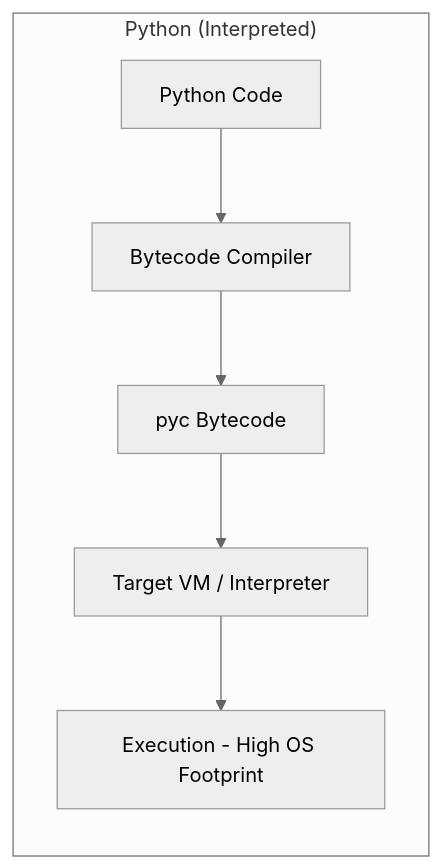
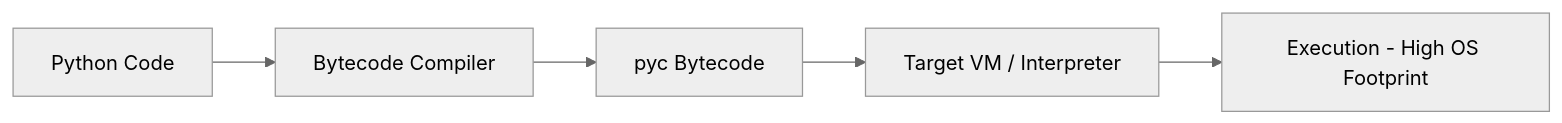
One commit to yusufarbc/yusufarbc changed the first of 4 diagrams in website/content/golang-for-hackers/en.md. Above: the diagram before and after it, drawn with Mermaid (neutral theme). The commit also changed other lines of this file and 1 other file, not shown here.

````diff
--- a/website/content/golang-for-hackers/en.md
+++ b/website/content/golang-for-hackers/en.md
@@ -130,9 +132,7 @@
 ```mermaid
 graph LR
-    subgraph "Python (Interpreted)"
-        P_Source[Python Code] --> P_Compiler[Bytecode Compiler]
-        P_Compiler --> P_Bytecode[pyc Bytecode]
-        P_Bytecode --> P_Interpreter[Target VM / Interpreter]
-        P_Interpreter --> P_Execution[Execution - High OS Footprint]
-    end
+    P_Source[Python Code] --> P_Compiler[Bytecode Compiler]
+    P_Compiler --> P_Bytecode[pyc Bytecode]
+    P_Bytecode --> P_Interpreter[Target VM / Interpreter]
+    P_Interpreter --> P_Execution[Execution - High OS Footprint]
 ```
````
